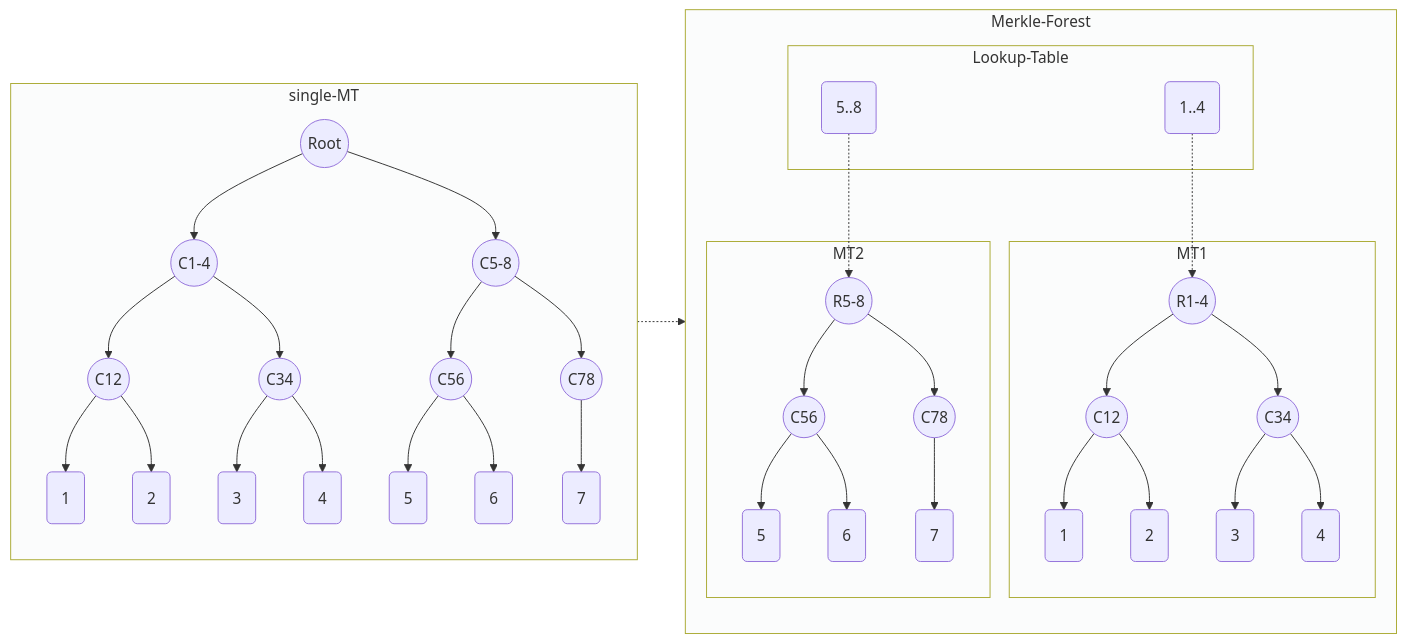
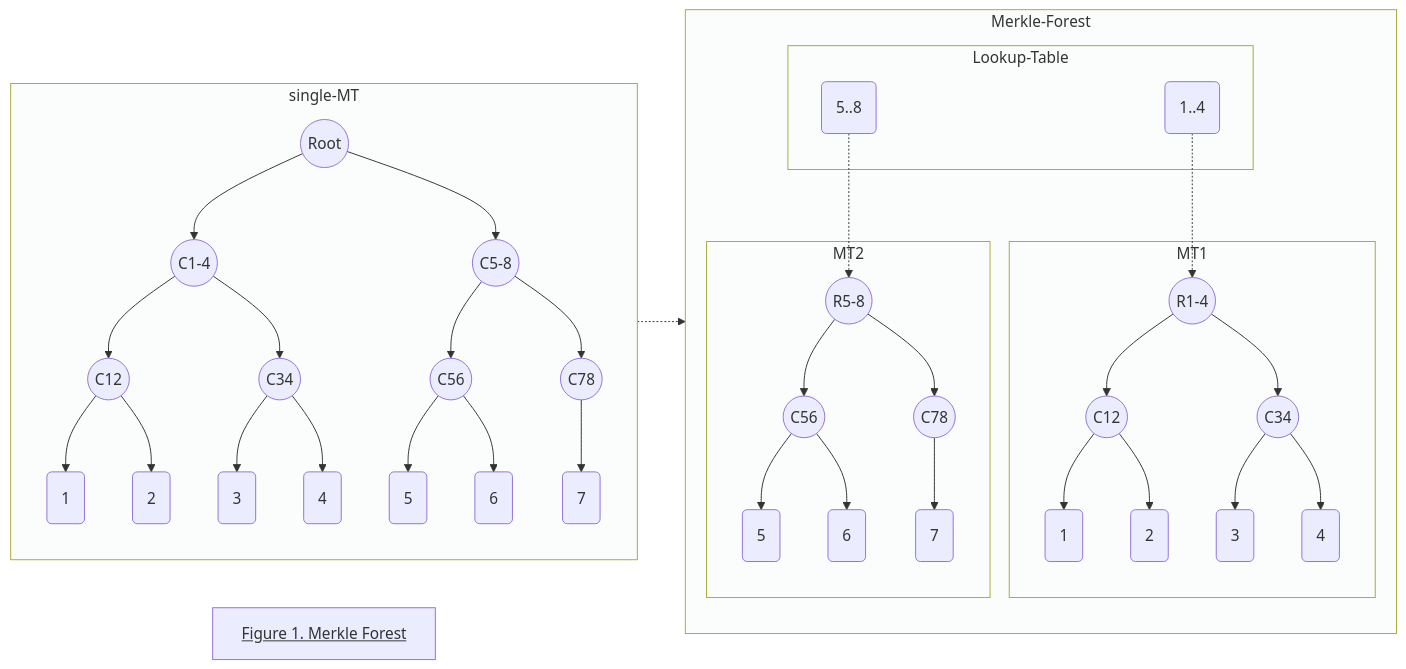
Before and after one commit to Poseidon-ZKP/merkle-forest: the first of 2 diagrams in README.md, drawn with Mermaid. The commit also changed other lines of this file and 1 other file, not shown here.

````diff
--- a/README.md
+++ b/README.md
@@ -78,41 +34,42 @@
 ```mermaid
     flowchart LR;
+        title[<u>Figure 1. Merkle Forest</u>]
         style single-MT fill:#FBFCFC
         style Merkle-Forest fill:#FBFCFC
         style Lookup-Table fill:#FBFCFC
         style MT1 fill:#FBFCFC
         style MT2 fill:#FBFCFC
         subgraph single-MT
             R((Root))-->C1234 & C5678;
             C1234((C1-4)) --> C12((C12)) & C34((C34));
             C5678((C5-8)) --> C56((C56)) & C78((C78));
             C12-->L1(1) & L2(2)
             C34-->L3(3) & L4(4)
             C56-->L5(5) & L6(6)
             C78-->L7(7)
         end
 
         subgraph Merkle-Forest
             subgraph Lookup-Table
                 LT1(1..4)
                 LT5(5..8)
             end
             LT1 -.-> FC1234;
             LT5 -.-> FC5678;
 
             subgraph MT1
                 FC1234((R1-4)) --> FC12((C12)) & FC34((C34));
                 FC12-->FL1(1) & FL2(2)
                 FC34-->FL3(3) & FL4(4)
             end
 
             subgraph MT2
                 FC5678((R5-8)) --> FC56((C56)) & FC78((C78));
                 FC56-->FL5(5) & FL6(6)
                 FC78-->FL7(7)
             end
         end
 
         single-MT -.-> Merkle-Forest
 
 ```
````
